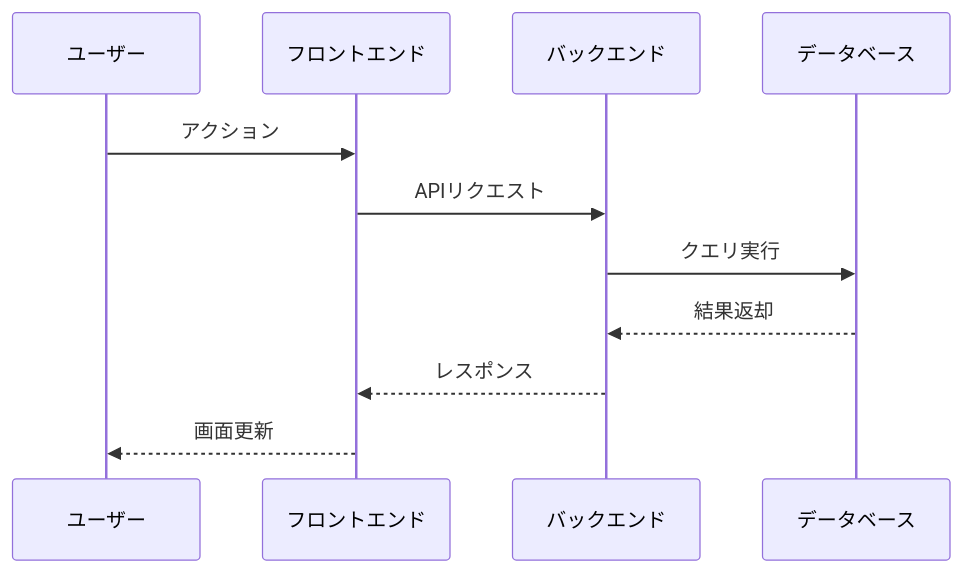
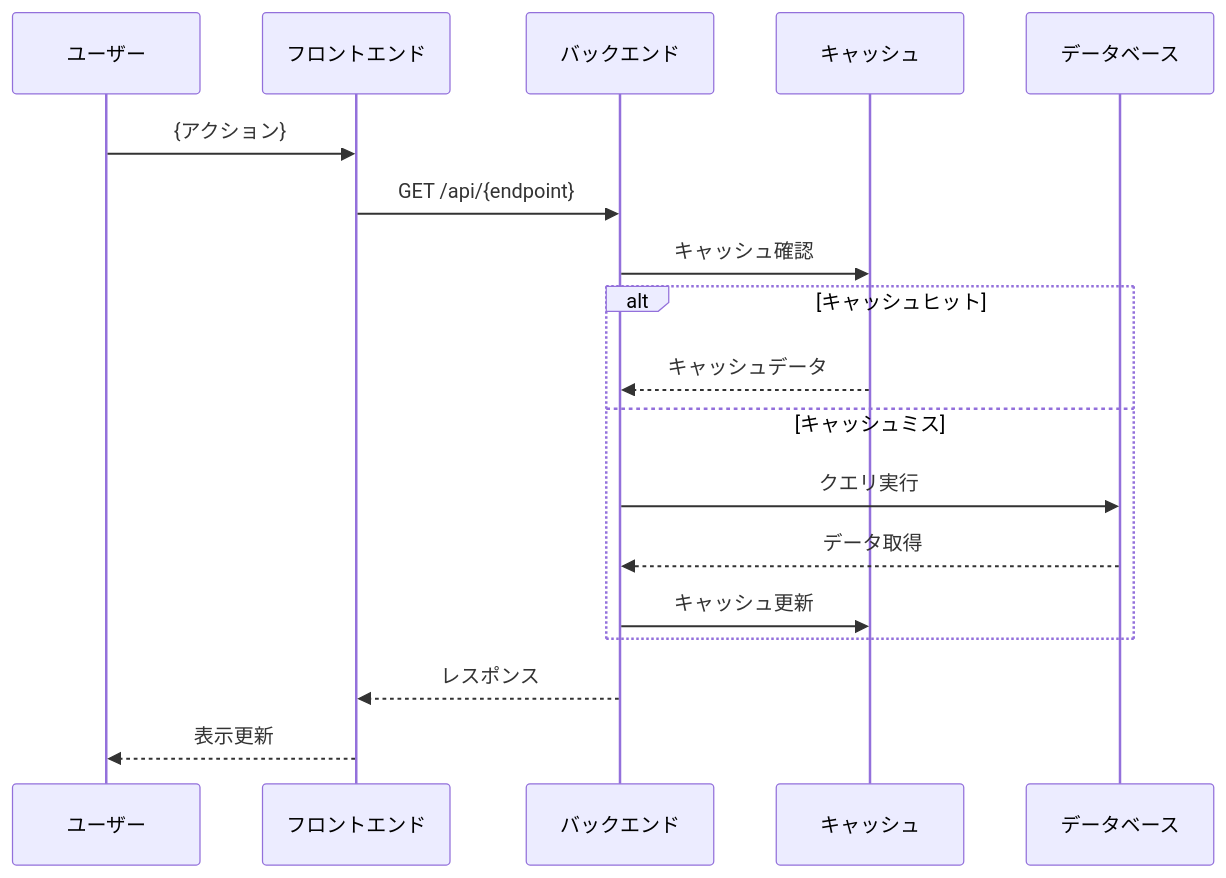
One commit to yaguma/shadowverse_log changed the fourth of 6 diagrams in .claude/commands/kairo-design.md. Above: the diagram before and after it, drawn with Mermaid. The commit also changed other lines of this file and 28 other files, not shown here.

```````diff
--- a/.claude/commands/kairo-design.md
+++ b/.claude/commands/kairo-design.md
@@ -159,15 +764,21 @@
-``````mermaid
+```mermaid
 sequenceDiagram
-participant U as ユーザー
-participant F as フロントエンド
-participant B as バックエンド
-participant D as データベース
+    participant U as ユーザー
+    participant F as フロントエンド
+    participant B as バックエンド
+    participant C as キャッシュ
+    participant D as データベース
 
-    U->>F: アクション
-    F->>B: APIリクエスト
-    B->>D: クエリ実行
-    D-->>B: 結果返却
+    U->>F: {アクション}
+    F->>B: GET /api/{endpoint}
+    B->>C: キャッシュ確認
+    alt キャッシュヒット
+        C-->>B: キャッシュデータ
+    else キャッシュミス
+        B->>D: クエリ実行
+        D-->>B: データ取得
+        B->>C: キャッシュ更新
+    end
     B-->>F: レスポンス
-    F-->>U: 画面更新
-
-``````
+    F-->>U: 表示更新
+```
```````
